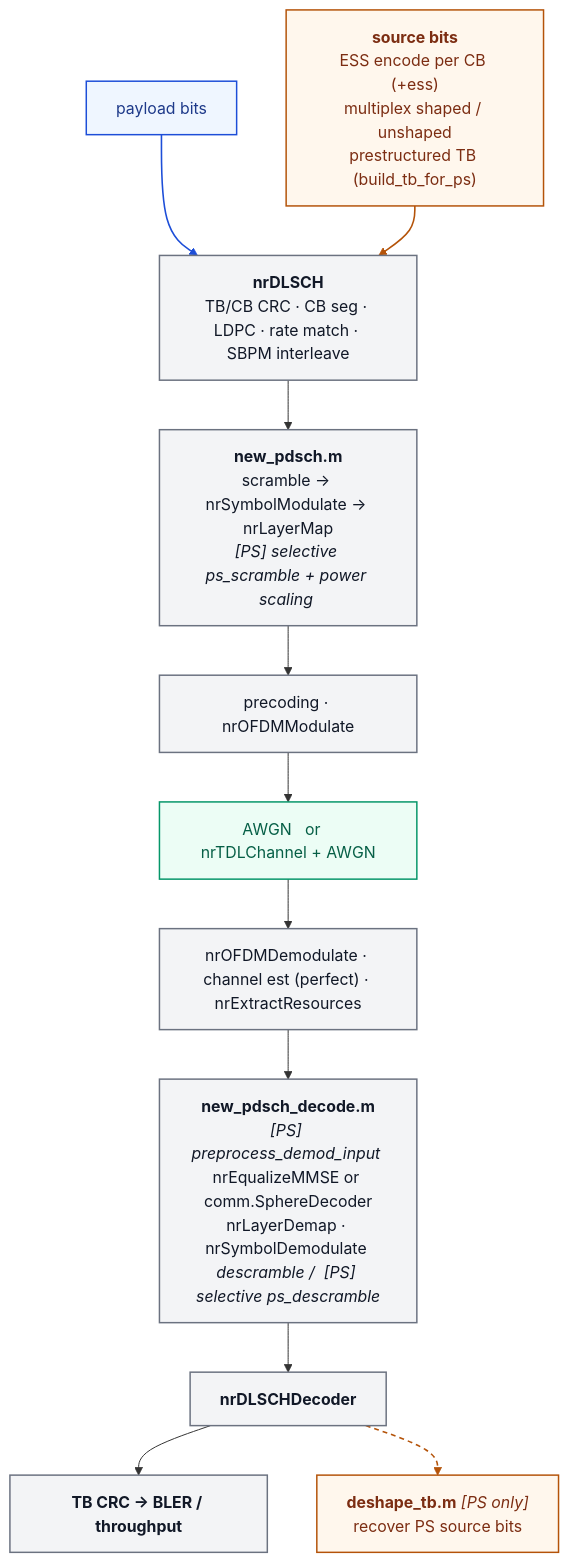
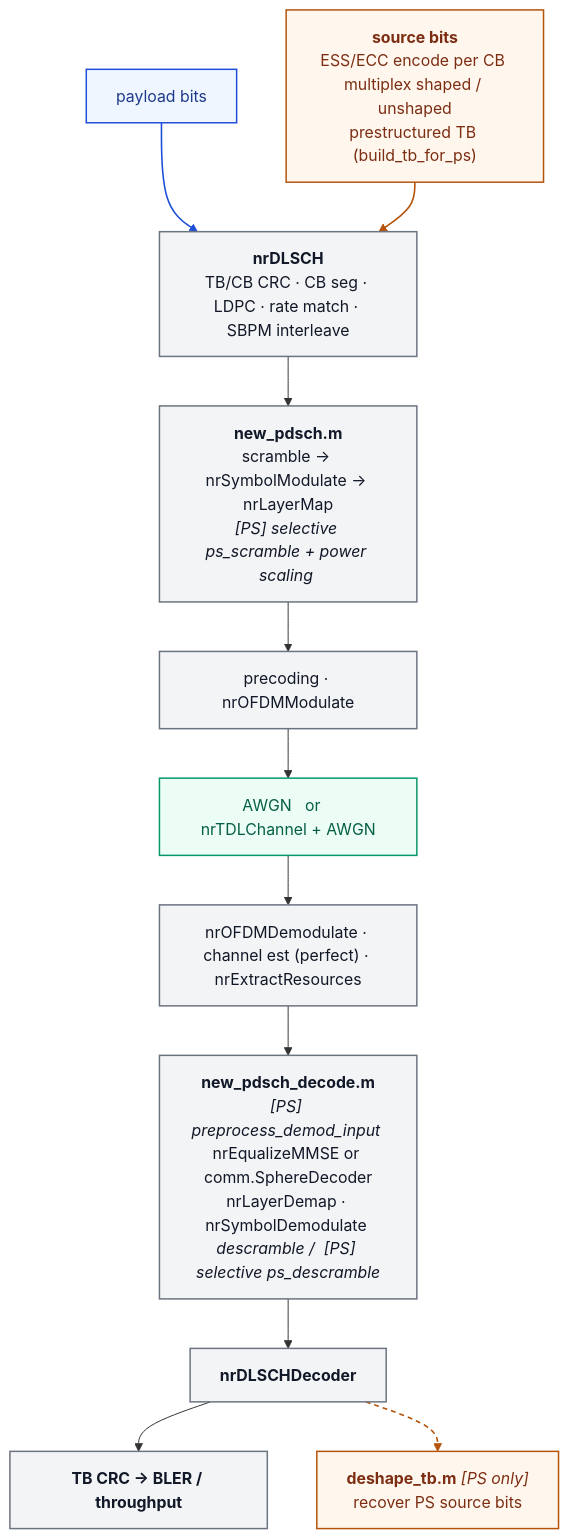
The diagram in README.md (qualcomm-wireless-research/evaluation-link-simulator), drawn with Mermaid before and after one commit. The commit also changed other lines of this file and 24 other files, not shown here.

````diff
--- a/README.md
+++ b/README.md
@@ -181,35 +187,35 @@
 ```mermaid
 flowchart TB
     payload["payload bits"]
-    src["<b>source bits</b><br/>ESS encode per CB (+ess)<br/>multiplex shaped / unshaped<br/>prestructured TB (build_tb_for_ps)"]
+    src["<b>source bits</b><br/>ESS/ECC encode per CB <br/>multiplex shaped / unshaped<br/>prestructured TB (build_tb_for_ps)"]
 
     dlsch["<b>nrDLSCH</b><br/>TB/CB CRC · CB seg · LDPC · rate match · SBPM interleave"]
     pdsch["<b>new_pdsch.m</b><br/>scramble → nrSymbolModulate → nrLayerMap<br/><i>[PS] selective ps_scramble + power scaling </i>"]
     ofdm["precoding · nrOFDMModulate"]
     chan["AWGN   or   nrTDLChannel + AWGN"]
     demod["nrOFDMDemodulate · channel est (perfect) · nrExtractResources"]
     decode["<b>new_pdsch_decode.m</b><br/><i>[PS] preprocess_demod_input </i><br/>nrEqualizeMMSE or comm.SphereDecoder<br/>nrLayerDemap · nrSymbolDemodulate <br/><i>descramble /  [PS] selective ps_descramble</i>"]
     ldpcdec["<b>nrDLSCHDecoder</b>"]
     deshape["<b>deshape_tb.m</b>  <i>[PS only]</i><br/>recover PS source bits"]
     metrics["<b>TB CRC → BLER / throughput</b>"]
 
     payload --> dlsch
     src --> dlsch
     dlsch --> pdsch --> ofdm --> chan --> demod --> decode --> ldpcdec
     ldpcdec --> metrics
     ldpcdec -.-> deshape
 
     classDef shared fill:#f3f4f6,stroke:#6b7280,stroke-width:1.5px,color:#111827;
     classDef uniform fill:#eff6ff,stroke:#1d4ed8,stroke-width:1.5px,color:#1e3a8a;
     classDef ps fill:#fff7ed,stroke:#b45309,stroke-width:1.5px,color:#7c2d12;
     classDef channel fill:#ecfdf5,stroke:#059669,stroke-width:1.5px,color:#065f46;
 
     class dlsch,pdsch,ofdm,demod,decode,ldpcdec,metrics shared;
     class payload uniform;
     class src,deshape ps;
     class chan channel;
 
     linkStyle 0 stroke:#1d4ed8,stroke-width:1.6px;
     linkStyle 1 stroke:#b45309,stroke-width:1.6px;
     linkStyle 9 stroke:#b45309,stroke-width:1.6px,stroke-dasharray:5 4;
 ```
````
